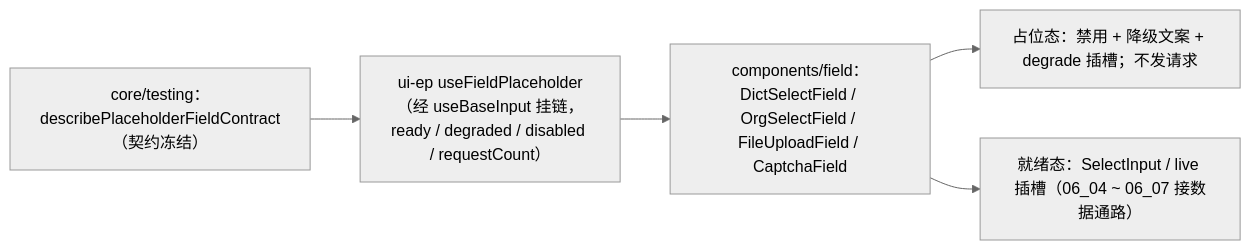
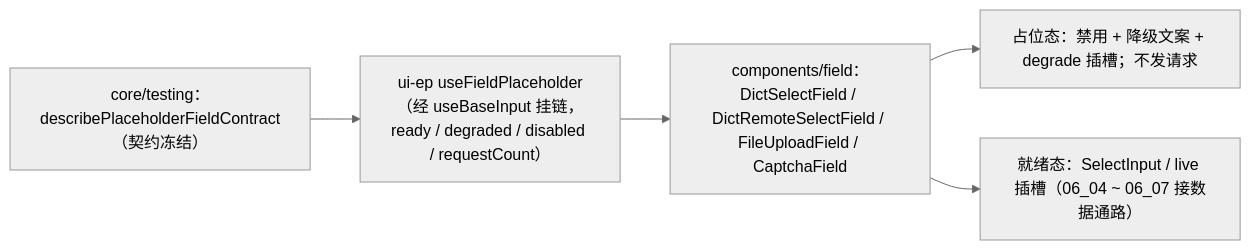
One commit to minjian123/basic-management-system changed the diagram in bms文档/项目/04_前端组件库/任务/06_字段类/06_字段类_01_占位版交付/实施/01_实施_01_占位版交付.md. Above: the diagram before and after it, drawn with Mermaid (neutral theme). The commit also changed other lines of this file and 501 other files, not shown here.

````diff
--- a/bms文档/项目/04_前端组件库/任务/06_字段类/06_字段类_01_占位版交付/实施/01_实施_01_占位版交付.md
+++ b/bms文档/项目/04_前端组件库/任务/06_字段类/06_字段类_01_占位版交付/实施/01_实施_01_占位版交付.md
@@ -22,7 +22,7 @@
 ```mermaid
 flowchart LR
     A["core/testing：describePlaceholderFieldContract（契约冻结）"] --> B["ui-ep useFieldPlaceholder（经 useBaseInput 挂链，ready / degraded / disabled / requestCount）"]
-    B --> C["components/field：DictSelectField / OrgSelectField / FileUploadField / CaptchaField"]
+    B --> C["components/field：DictSelectField / DictRemoteSelectField / FileUploadField / CaptchaField"]
     C --> D["占位态：禁用 + 降级文案 + degrade 插槽；不发请求"]
     C --> E["就绪态：SelectInput / live 插槽（06_04 ~ 06_07 接数据通路）"]
 ```
````
